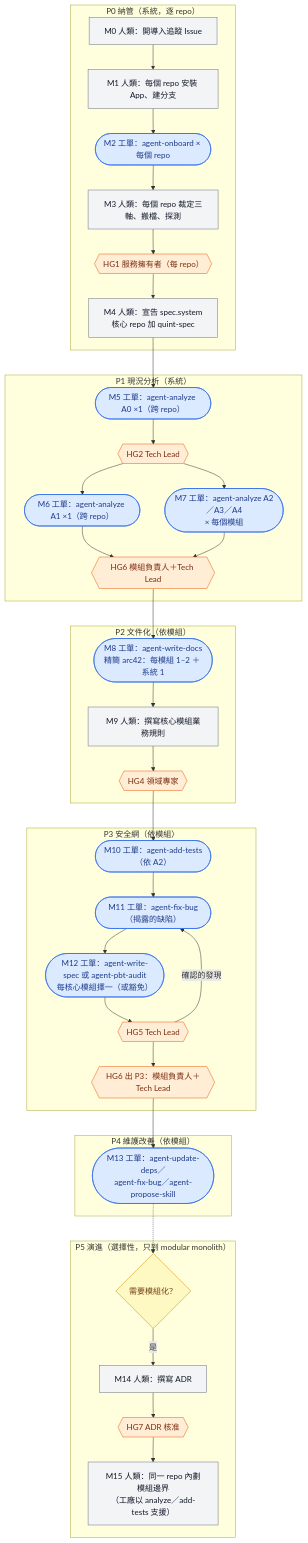
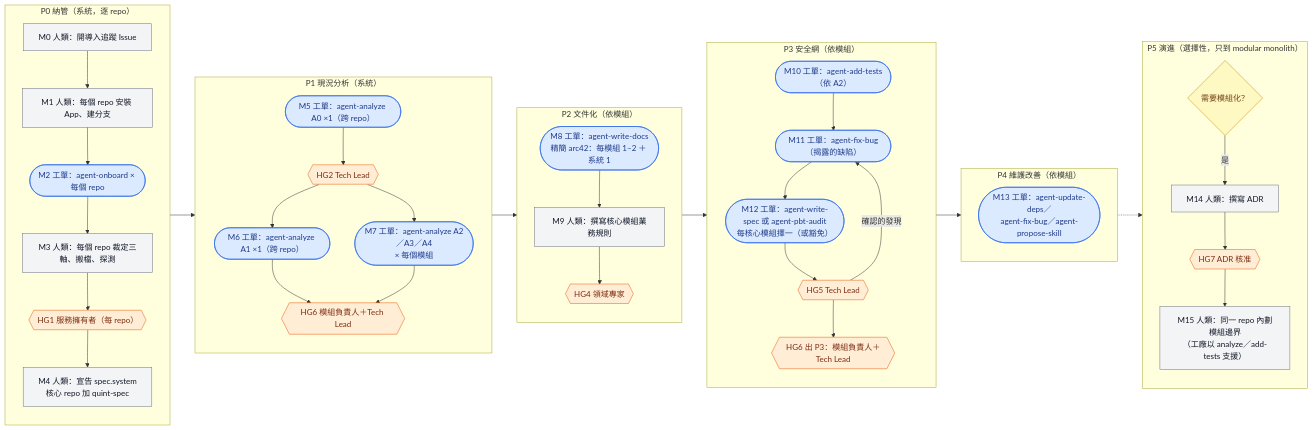
The second of 3 diagrams in docs/29-brownfield-adoption-playbook.md (aswf-dev/software_factory), drawn with Mermaid before and after one commit. The commit also changed other lines of this file, not shown here.

First line of the commit message:
docs(29): switch adoption flowcharts to horizontal layout

````diff
--- a/docs/29-brownfield-adoption-playbook.md
+++ b/docs/29-brownfield-adoption-playbook.md
@@ -407,62 +412,68 @@
 ```mermaid
-flowchart TD
+flowchart LR
     classDef wi fill:#dbeafe,stroke:#2563eb,color:#1e3a8a
     classDef human fill:#f3f4f6,stroke:#6b7280,color:#111827
     classDef hg fill:#ffedd5,stroke:#ea580c,color:#7c2d12
     classDef dec fill:#fef9c3,stroke:#ca8a04,color:#713f12
 
     subgraph P0["P0 納管（系統，逐 repo）"]
+        direction TB
         M0["M0 人類：開導入追蹤 Issue"]:::human
         M1["M1 人類：每個 repo 安裝 App、建分支"]:::human
         M2(["M2 工單：agent-onboard × 每個 repo"]):::wi
         M3["M3 人類：每個 repo 裁定三軸、搬檔、探測"]:::human
         HG1{{"HG1 服務擁有者（每 repo）"}}:::hg
         M4["M4 人類：宣告 spec.system<br/>核心 repo 加 quint-spec"]:::human
         M0 --> M1 --> M2 --> M3 --> HG1 --> M4
     end
 
     subgraph P1["P1 現況分析（系統）"]
+        direction TB
         M5(["M5 工單：agent-analyze A0 ×1（跨 repo）"]):::wi
         HG2{{"HG2 Tech Lead"}}:::hg
         M6(["M6 工單：agent-analyze A1 ×1（跨 repo）"]):::wi
         M7(["M7 工單：agent-analyze A2／A3／A4<br/>× 每個模組"]):::wi
         HG6a{{"HG6 模組負責人＋Tech Lead"}}:::hg
         M5 --> HG2 --> M6 --> HG6a
         HG2 --> M7 --> HG6a
     end
 
     subgraph P2["P2 文件化（依模組）"]
+        direction TB
         M8(["M8 工單：agent-write-docs<br/>精簡 arc42：每模組 1–2 ＋ 系統 1"]):::wi
         M9["M9 人類：撰寫核心模組業務規則"]:::human
         HG4{{"HG4 領域專家"}}:::hg
         M8 --> M9 --> HG4
     end
 
     subgraph P3["P3 安全網（依模組）"]
+        direction TB
         M10(["M10 工單：agent-add-tests（依 A2）"]):::wi
         M11(["M11 工單：agent-fix-bug（揭露的缺陷）"]):::wi
         M12(["M12 工單：agent-write-spec 或 agent-pbt-audit<br/>每核心模組擇一（或豁免）"]):::wi
         HG5{{"HG5 Tech Lead"}}:::hg
         HG6c{{"HG6 出 P3：模組負責人＋Tech Lead"}}:::hg
         M10 --> M11 --> M12 --> HG5 --> HG6c
         HG5 -- 確認的發現 --> M11
     end
 
     subgraph P4["P4 維護改善（依模組）"]
+        direction TB
         M13(["M13 工單：agent-update-deps／<br/>agent-fix-bug／agent-propose-skill"]):::wi
     end
 
     subgraph P5["P5 演進（選擇性，只到 modular monolith）"]
+        direction TB
         D5{"需要模組化？"}:::dec
         M14["M14 人類：撰寫 ADR"]:::human
         HG7{{"HG7 ADR 核准"}}:::hg
         M15["M15 人類：同一 repo 內劃模組邊界<br/>（工廠以 analyze／add-tests 支援）"]:::human
         D5 -- 是 --> M14 --> HG7 --> M15
     end
 
-    M4 --> M5
-    HG6a --> M8
-    HG4 --> M10
-    HG6c --> M13
-    M13 -.-> D5
+    P0 --> P1
+    P1 --> P2
+    P2 --> P3
+    P3 --> P4
+    P4 -.-> P5
 ```
````
